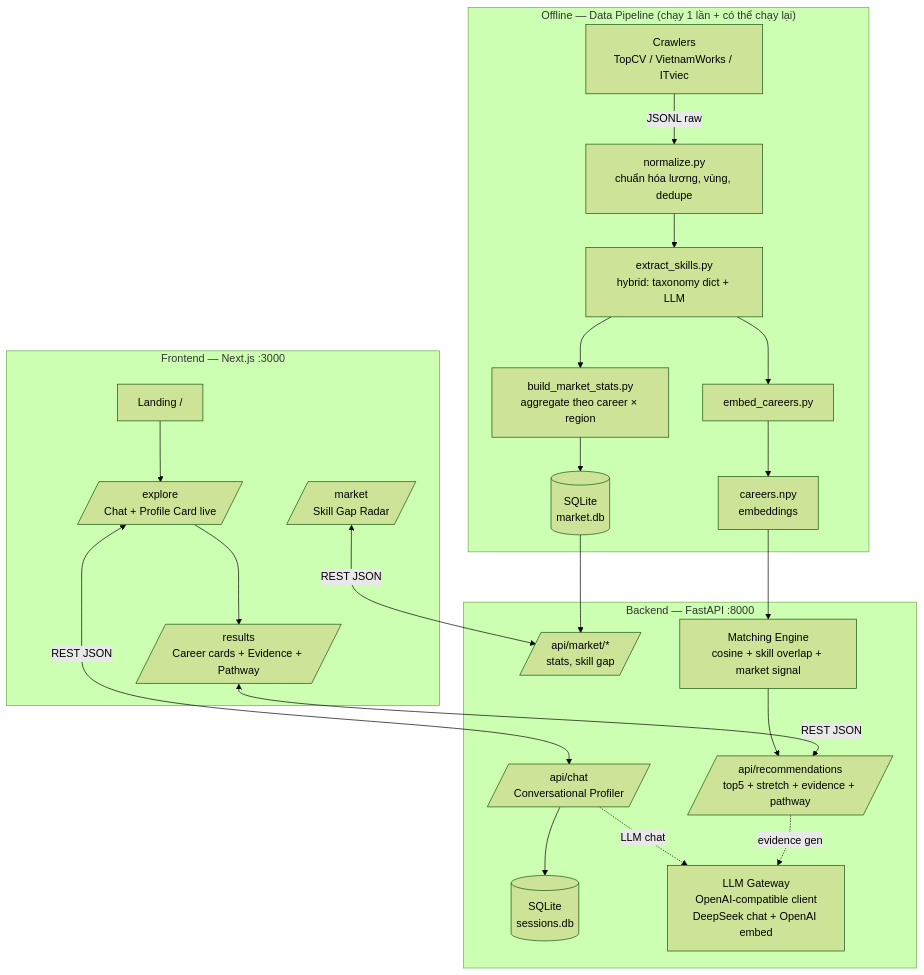
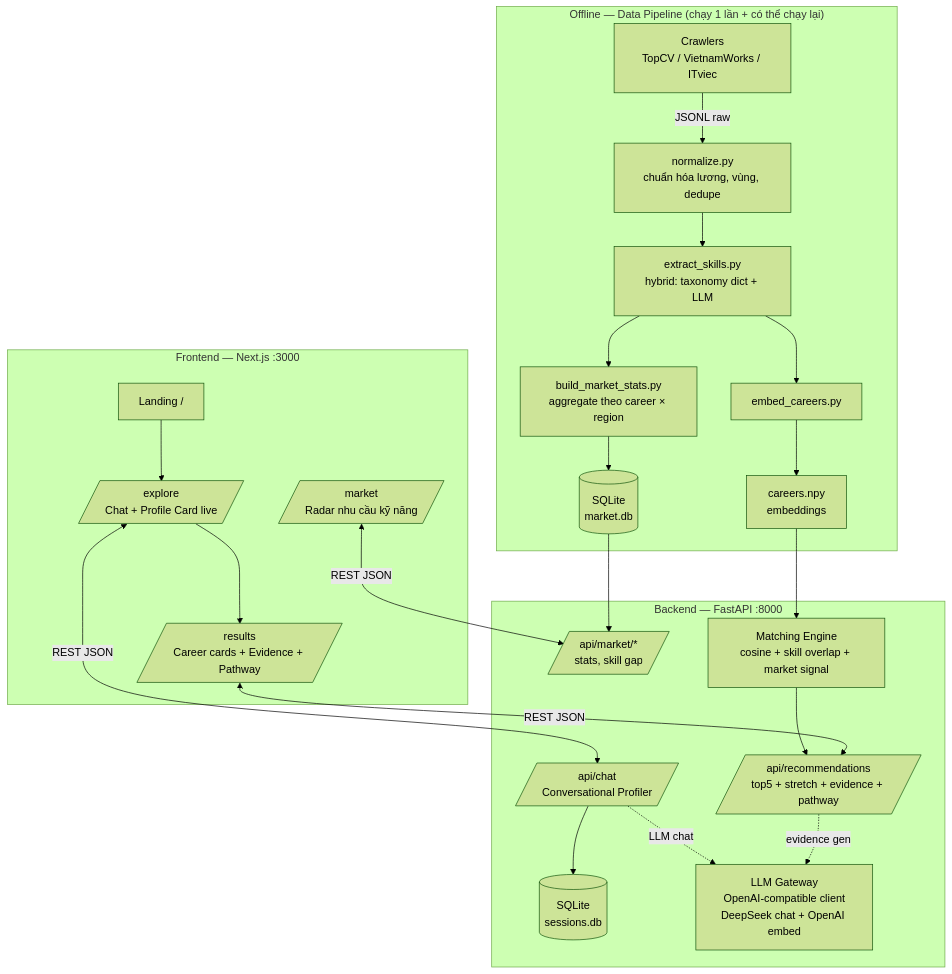
Before and after one commit to MRXz194/TitanHack_Careercompass: the diagram in docs/ARCHITECTURE.md, drawn with Mermaid (forest theme). The commit also changed other lines of this file and 39 other files, not shown here.

````diff
--- a/docs/ARCHITECTURE.md
+++ b/docs/ARCHITECTURE.md
@@ -5,29 +5,29 @@
 ```mermaid
 graph TB
   subgraph "Offline — Data Pipeline (chạy 1 lần + có thể chạy lại)"
     A[Crawlers<br/>TopCV / VietnamWorks / ITviec] -->|JSONL raw| B[normalize.py<br/>chuẩn hóa lương, vùng, dedupe]
     B --> C[extract_skills.py<br/>hybrid: taxonomy dict + LLM]
     C --> D[build_market_stats.py<br/>aggregate theo career × region]
     D --> E[(SQLite<br/>market.db)]
     C --> F[embed_careers.py] --> G[careers.npy<br/>embeddings]
   end
 
   subgraph "Backend — FastAPI :8000"
     E --> H[/api/market/*<br/>stats, skill gap/]
     G --> I[Matching Engine<br/>cosine + skill overlap + market signal]
     J[/api/chat<br/>Conversational Profiler/] --> K[(SQLite<br/>sessions.db)]
     I --> L[/api/recommendations<br/>top5 + stretch + evidence + pathway/]
     J -.->|LLM chat| M[LLM Gateway<br/>OpenAI-compatible client<br/>DeepSeek chat + OpenAI embed]
     L -.->|evidence gen| M
   end
 
   subgraph "Frontend — Next.js :3000"
     N[Landing /] --> O[/explore<br/>Chat + Profile Card live/]
     O --> P[/results<br/>Career cards + Evidence + Pathway/]
-    Q[/market<br/>Skill Gap Radar/]
+    Q[/market<br/>Radar nhu cầu kỹ năng/]
   end
 
   O <-->|REST JSON| J
   P <-->|REST JSON| L
   Q <-->|REST JSON| H
 ```
````
